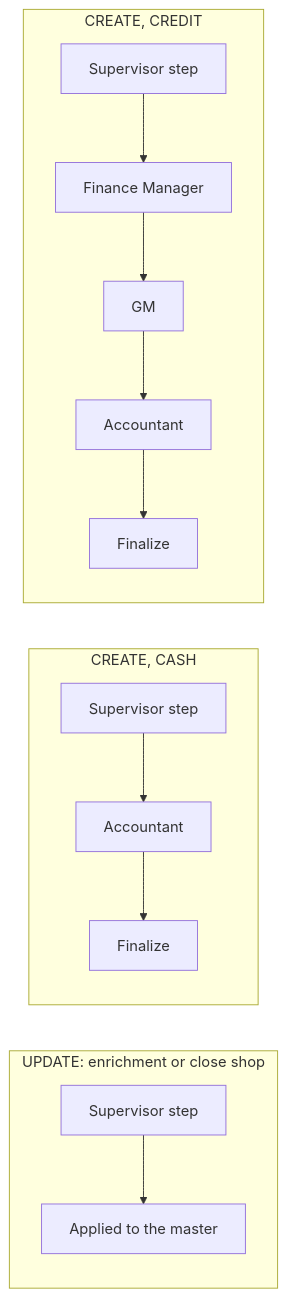
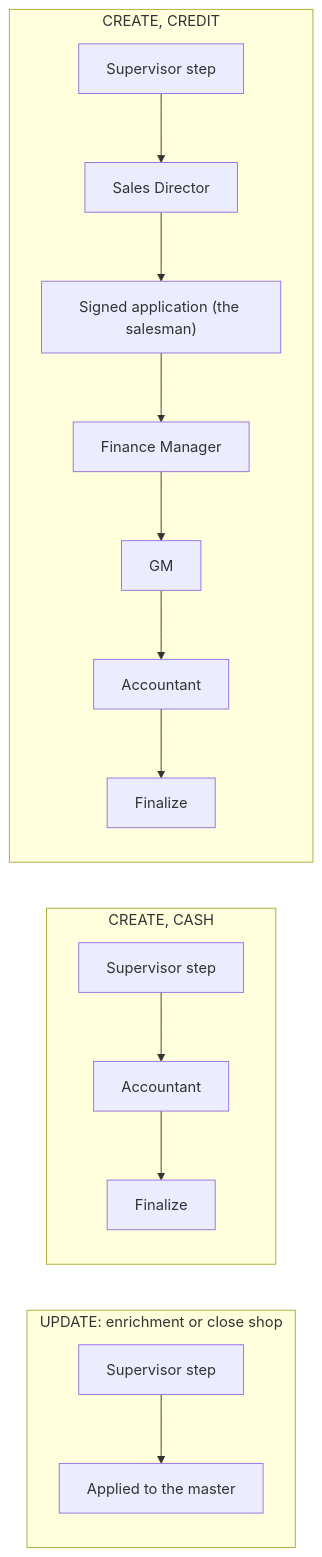
One commit to rahmanmansoori244-droid/NMWC-CRM changed the second of 5 diagrams in docs/handover/01-SYSTEM-OVERVIEW.md. Above: the diagram before and after it, drawn with Mermaid. The commit also changed other lines of this file and 20 other files, not shown here.

````diff
--- a/docs/handover/01-SYSTEM-OVERVIEW.md
+++ b/docs/handover/01-SYSTEM-OVERVIEW.md
@@ -415,12 +417,12 @@
 ```mermaid
 flowchart LR
     subgraph U["UPDATE: enrichment or close shop"]
         u1["Supervisor step"] --> u9["Applied to the master"]
     end
     subgraph C["CREATE, CASH"]
         c1["Supervisor step"] --> c2["Accountant"] --> c9["Finalize"]
     end
     subgraph K["CREATE, CREDIT"]
-        k1["Supervisor step"] --> k2["Finance Manager"] --> k3["GM"] --> k4["Accountant"] --> k9["Finalize"]
+        k1["Supervisor step"] --> k5["Sales Director"] --> k6["Signed application (the salesman)"] --> k2["Finance Manager"] --> k3["GM"] --> k4["Accountant"] --> k9["Finalize"]
     end
 ```
````
